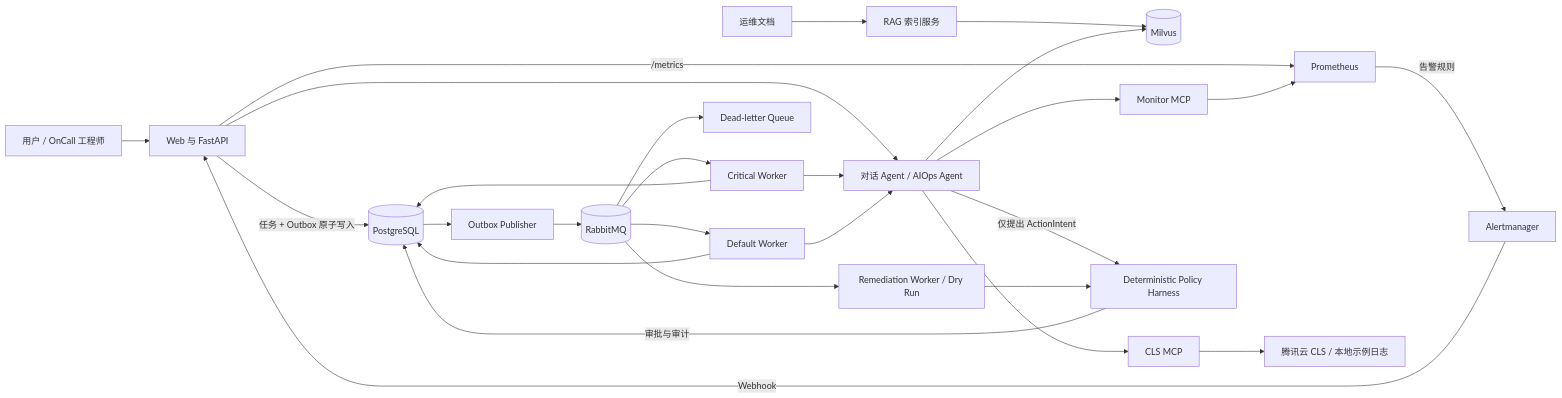
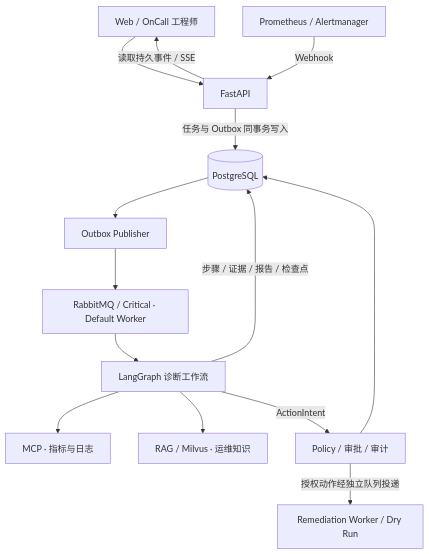
One commit to relievedkk/ai-oncall-diagnosis-platform changed the diagram in README.md. Above: the diagram before and after it, drawn with Mermaid. The commit also changed other lines of this file and 8 other files, not shown here.

````diff
--- a/README.md
+++ b/README.md
@@ -27,29 +29,17 @@
 ```mermaid
-flowchart LR
-    User[用户 / OnCall 工程师] --> Web[Web 与 FastAPI]
-    Docs[运维文档] --> RAG[RAG 索引服务]
-    RAG --> Milvus[(Milvus)]
-    Web -->|任务 + Outbox 原子写入| PostgreSQL[(PostgreSQL)]
-    Web --> Agent[对话 Agent / AIOps Agent]
-    Agent --> Milvus
-    Agent --> Monitor[Monitor MCP]
-    Agent --> CLS[CLS MCP]
-    Web -->|/metrics| Prometheus[Prometheus]
-    Prometheus -->|告警规则| Alertmanager[Alertmanager]
-    Alertmanager -->|Webhook| Web
-    PostgreSQL --> Publisher[Outbox Publisher]
-    Publisher --> RabbitMQ[(RabbitMQ)]
-    RabbitMQ --> CriticalWorker[Critical Worker]
-    RabbitMQ --> DefaultWorker[Default Worker]
-    RabbitMQ --> RemediationWorker[Remediation Worker / Dry Run]
-    RabbitMQ --> DLQ[Dead-letter Queue]
-    CriticalWorker --> Agent
-    DefaultWorker --> Agent
-    CriticalWorker --> PostgreSQL
-    DefaultWorker --> PostgreSQL
-    Agent -->|仅提出 ActionIntent| Harness[Deterministic Policy Harness]
-    Harness -->|审批与审计| PostgreSQL
-    RemediationWorker --> Harness
-    Monitor --> Prometheus
-    CLS --> Logs[腾讯云 CLS / 本地示例日志]
+flowchart TB
+    User["Web / OnCall 工程师"] --> API["FastAPI"]
+    AM["Prometheus / Alertmanager"]
+    AM -->|Webhook| API
+    API -->|任务与 Outbox 同事务写入| PG[("PostgreSQL")]
+    PG --> Pub["Outbox Publisher"]
+    Pub --> Workers["RabbitMQ / Critical · Default Worker"]
+    Workers --> Agent["LangGraph 诊断工作流"]
+    Agent --> MCP["MCP · 指标与日志"]
+    Agent --> RAG["RAG / Milvus · 运维知识"]
+    Agent -->|步骤 / 证据 / 报告 / 检查点| PG
+    API -->|读取持久事件 / SSE| User
+    Agent -->|ActionIntent| Policy["Policy / 审批 / 审计"]
+    Policy --> PG
+    Policy -->|授权动作经独立队列投递| DryRun["Remediation Worker / Dry Run"]
 ```
````
